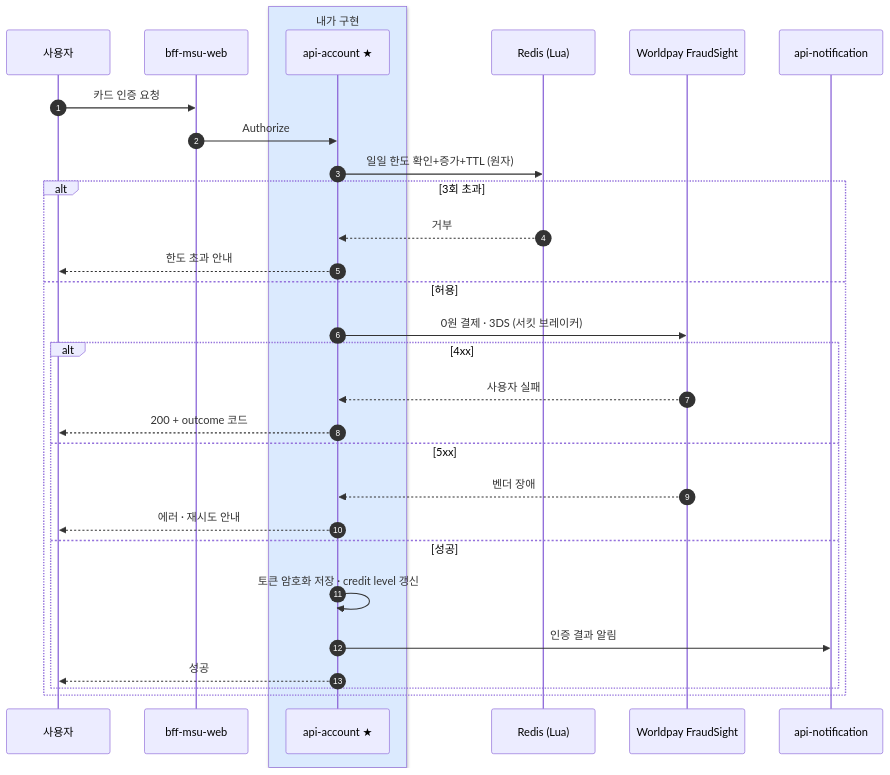
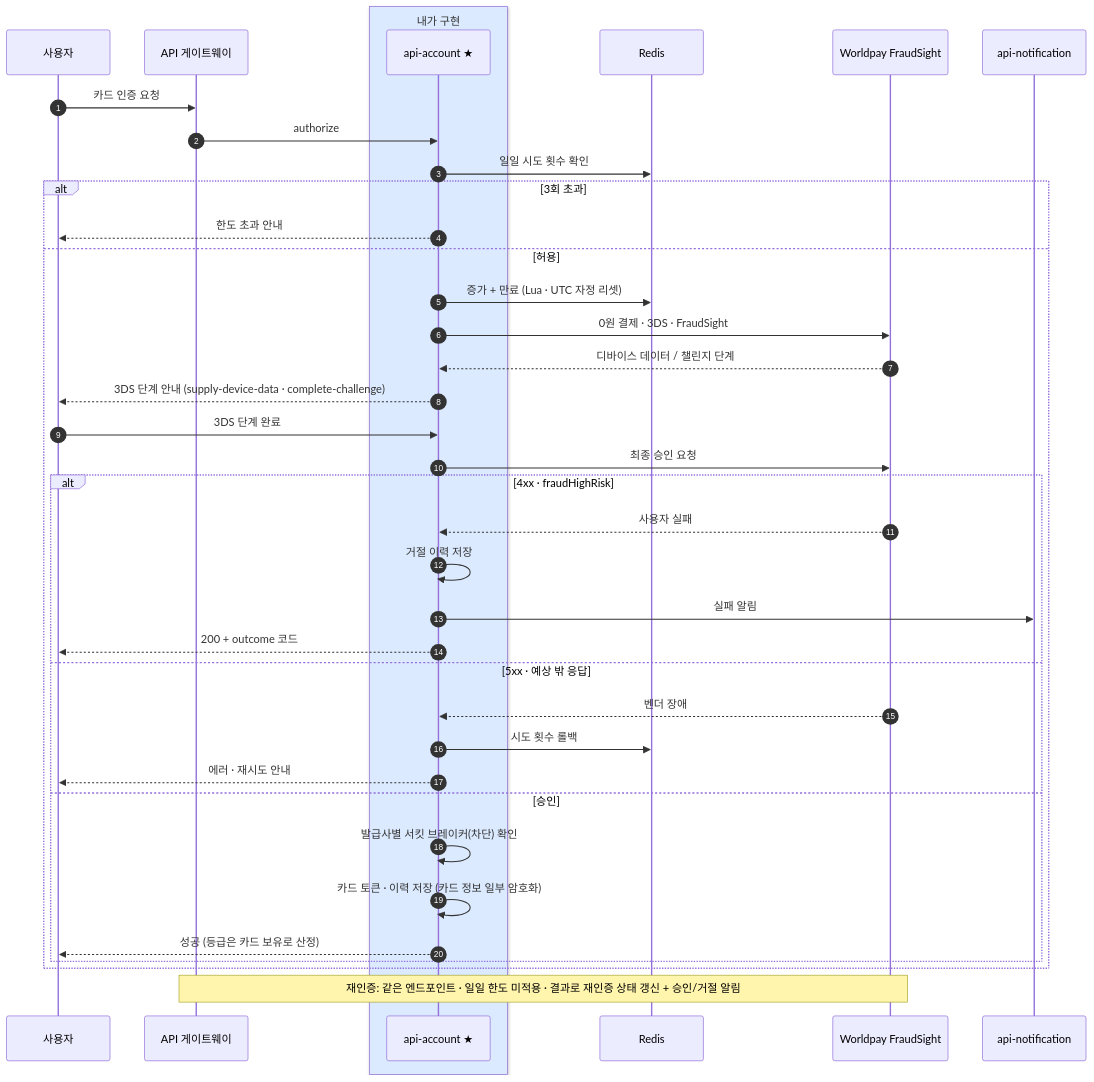
Before and after one commit to shalwxy/career: the diagram in content/diagrams/creditcard.mmd, drawn with Mermaid. The commit also changed 30 other files, not shown here.

```diff
--- a/content/diagrams/creditcard.mmd
+++ b/content/diagrams/creditcard.mmd
@@ -1,32 +1,40 @@
 %% title: 신용카드 인증 · 재인증 — Worldpay 3DS
 %% title_en: Card verification · re-verification — Worldpay 3DS
 sequenceDiagram
     autonumber
     participant U as 사용자
-    participant B as bff-msu-web
+    participant GW as API 게이트웨이
     box rgb(219,234,254) 내가 구현
     participant A as api-account ★
     end
-    participant R as Redis (Lua)
+    participant R as Redis
     participant W as Worldpay FraudSight
     participant N as api-notification
-    U->>B: 카드 인증 요청
-    B->>A: Authorize
-    A->>R: 일일 한도 확인+증가+TTL (원자)
+    U->>GW: 카드 인증 요청
+    GW->>A: authorize
+    A->>R: 일일 시도 횟수 확인
     alt 3회 초과
-        R-->>A: 거부
         A-->>U: 한도 초과 안내
     else 허용
-        A->>W: 0원 결제 · 3DS (서킷 브레이커)
-        alt 4xx
+        A->>R: 증가 + 만료 (Lua · UTC 자정 리셋)
+        A->>W: 0원 결제 · 3DS · FraudSight
+        W-->>A: 디바이스 데이터 / 챌린지 단계
+        A-->>U: 3DS 단계 안내 (supply-device-data · complete-challenge)
+        U->>A: 3DS 단계 완료
+        A->>W: 최종 승인 요청
+        alt 4xx · fraudHighRisk
             W-->>A: 사용자 실패
+            A->>A: 거절 이력 저장
+            A->>N: 실패 알림
             A-->>U: 200 + outcome 코드
-        else 5xx
+        else 5xx · 예상 밖 응답
             W-->>A: 벤더 장애
+            A->>R: 시도 횟수 롤백
             A-->>U: 에러 · 재시도 안내
-        else 성공
-            A->>A: 토큰 암호화 저장 · credit level 갱신
-            A->>N: 인증 결과 알림
-            A-->>U: 성공
+        else 승인
+            A->>A: 발급사별 서킷 브레이커(차단) 확인
+            A->>A: 카드 토큰 · 이력 저장 (카드 정보 일부 암호화)
+            A-->>U: 성공 (등급은 카드 보유로 산정)
         end
     end
+    note over GW,W: 재인증: 같은 엔드포인트 · 일일 한도 미적용 · 결과로 재인증 상태 갱신 + 승인/거절 알림
```
